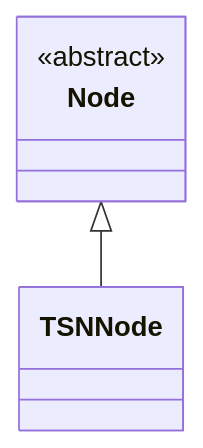
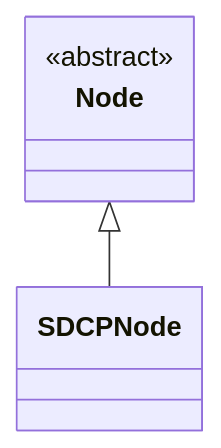
The diagram in docs/architecture/node.md (ingeniamc/ingenialink-python), drawn with Mermaid before and after one commit. The commit also changed other lines of this file and 5 other files, not shown here.

````diff
--- a/docs/architecture/node.md
+++ b/docs/architecture/node.md
@@ -2,10 +2,10 @@
 ```mermaid
 classDiagram
   class Node {
     <<abstract>>
   }
 
-  class TSNNode
+  class SDCPNode
 
-  Node <|-- TSNNode
+  Node <|-- SDCPNode
 ```
````
